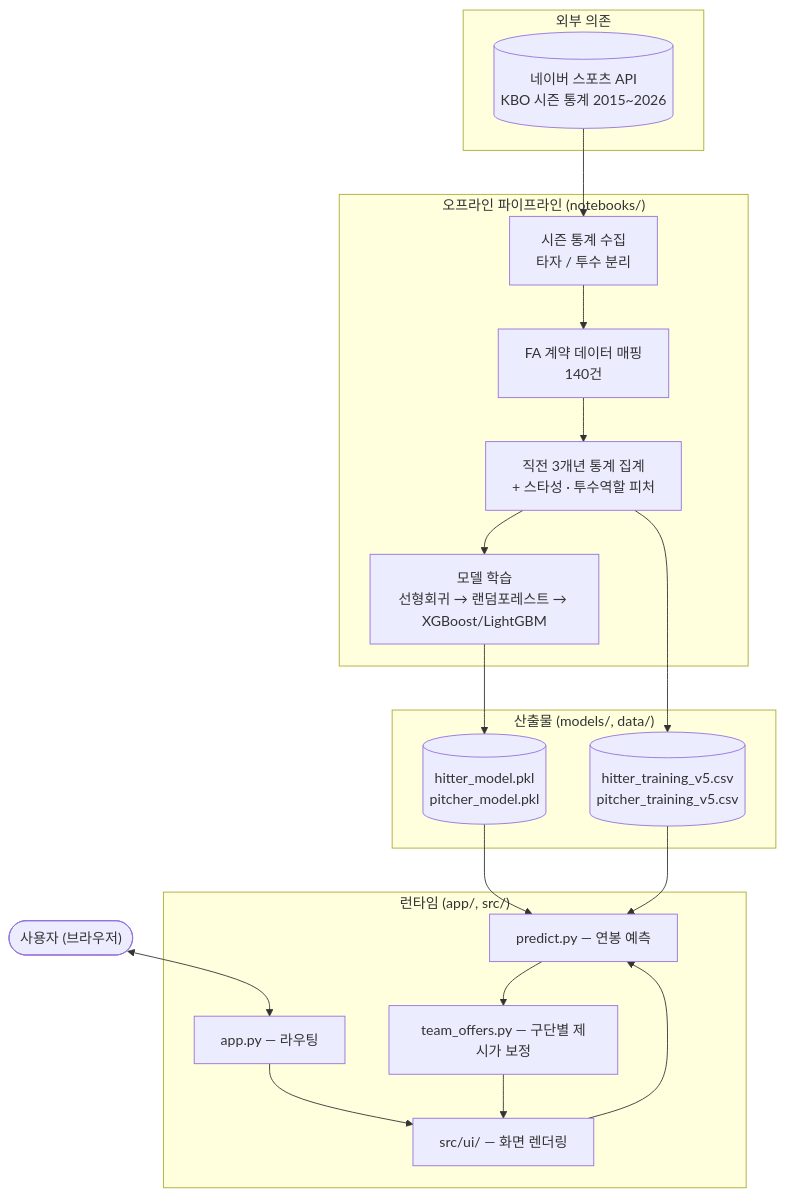
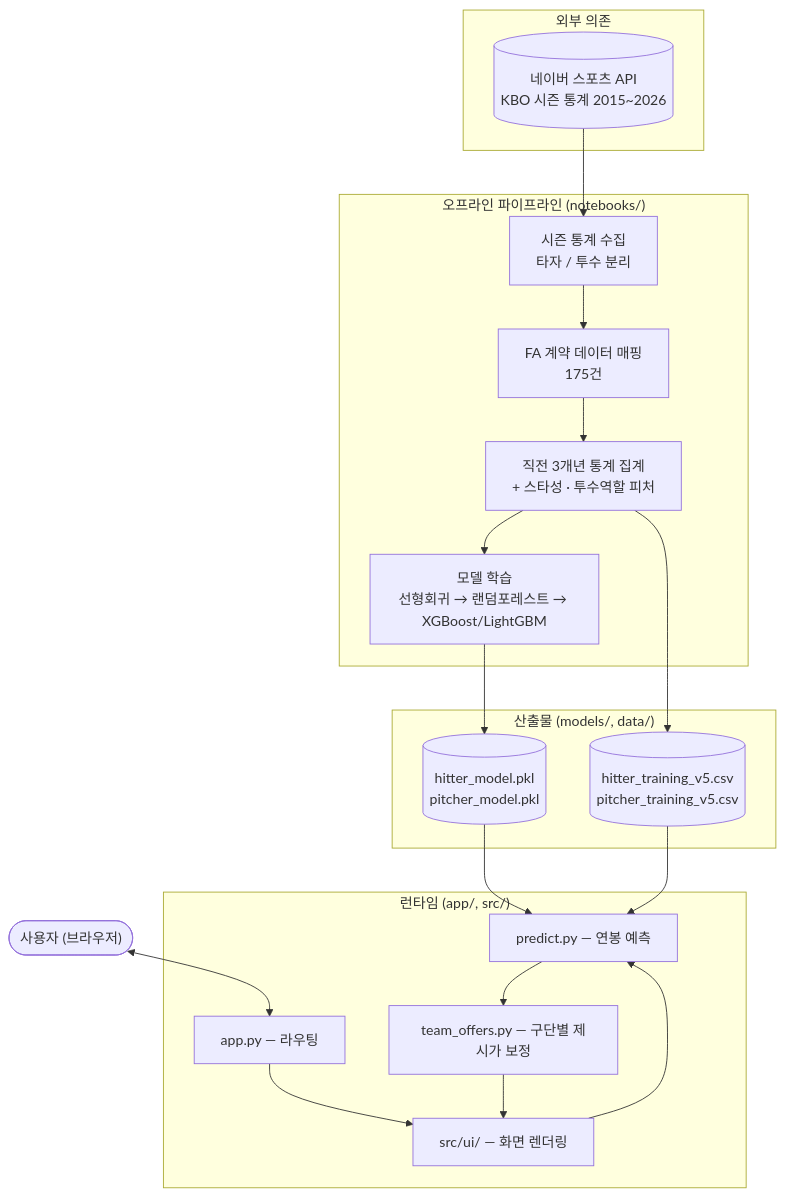
Before and after one commit to jjssspark/SalaryCast_AI: the diagram in README.md, drawn with Mermaid. The commit also changed other lines of this file and 2 other files, not shown here.

First line of the commit message:
docs: 성능표 갱신 + 데이터 문서 재작성 + TS-014 기록

````diff
--- a/README.md
+++ b/README.md
@@ -213,36 +228,36 @@
 ```mermaid
 flowchart TD
     subgraph external["외부 의존"]
         naver[("네이버 스포츠 API<br/>KBO 시즌 통계 2015~2026")]
     end
 
     subgraph offline["오프라인 파이프라인 (notebooks/)"]
         collect["시즌 통계 수집<br/>타자 / 투수 분리"]
-        fa["FA 계약 데이터 매핑<br/>140건"]
+        fa["FA 계약 데이터 매핑<br/>175건"]
         agg["직전 3개년 통계 집계<br/>+ 스타성 · 투수역할 피처"]
         train["모델 학습<br/>선형회귀 → 랜덤포레스트 → XGBoost/LightGBM"]
     end
 
     subgraph models["산출물 (models/, data/)"]
         pkl[("hitter_model.pkl<br/>pitcher_model.pkl")]
         csv[("hitter_training_v5.csv<br/>pitcher_training_v5.csv")]
     end
 
     subgraph runtime["런타임 (app/, src/)"]
         app["app.py — 라우팅"]
         predict["predict.py — 연봉 예측"]
         offers["team_offers.py — 구단별 제시가 보정"]
         ui["src/ui/ — 화면 렌더링"]
     end
 
     user(["사용자 (브라우저)"])
 
     naver --> collect --> fa --> agg --> train
     train --> pkl
     agg --> csv
     pkl --> predict
     csv --> predict
     app --> ui
     ui --> predict --> offers --> ui
     user <--> app
 ```
````
